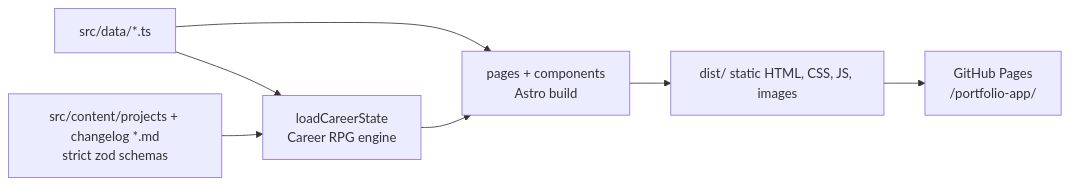
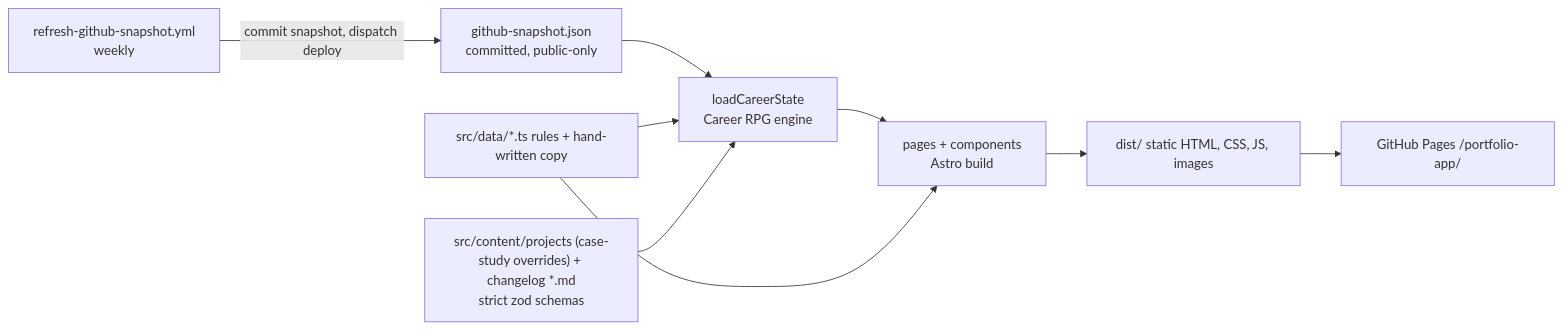
The first of 6 diagrams in docs/system-architecture.md (xuanduynguyen96/portfolio-app), drawn with Mermaid before and after one commit. The commit also changed other lines of this file and 9 other files, not shown here.

First line of the commit message:
docs: GitHub-derived character, avatar, refresh workflow (v1.3)

````diff
--- a/docs/system-architecture.md
+++ b/docs/system-architecture.md
@@ -7,9 +7,11 @@
 ```mermaid
 flowchart LR
-  D[src/data/*.ts] --> P
-  C[src/content/projects + changelog *.md<br/>strict zod schemas] --> R[loadCareerState<br/>Career RPG engine]
-  D --> R
+  S[github-snapshot.json<br/>committed, public-only] --> R[loadCareerState<br/>Career RPG engine]
+  D[src/data/*.ts rules + hand-written copy] --> R
+  C["src/content/projects (case-study overrides) + changelog *.md<br/>strict zod schemas"] --> R
   R --> P
+  D --> P
   P[pages + components<br/>Astro build] --> O[dist/ static HTML, CSS, JS, images]
-  O --> G[GitHub Pages<br/>/portfolio-app/]
+  O --> G["GitHub Pages /portfolio-app/"]
+  W[refresh-github-snapshot.yml<br/>weekly] -->|commit snapshot, dispatch deploy| S
 ```
````
